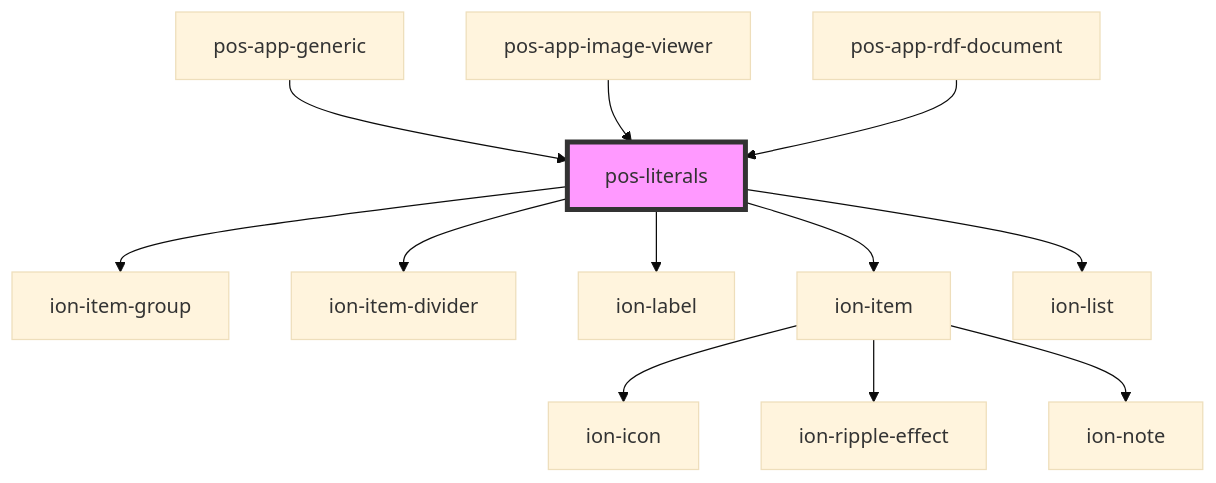
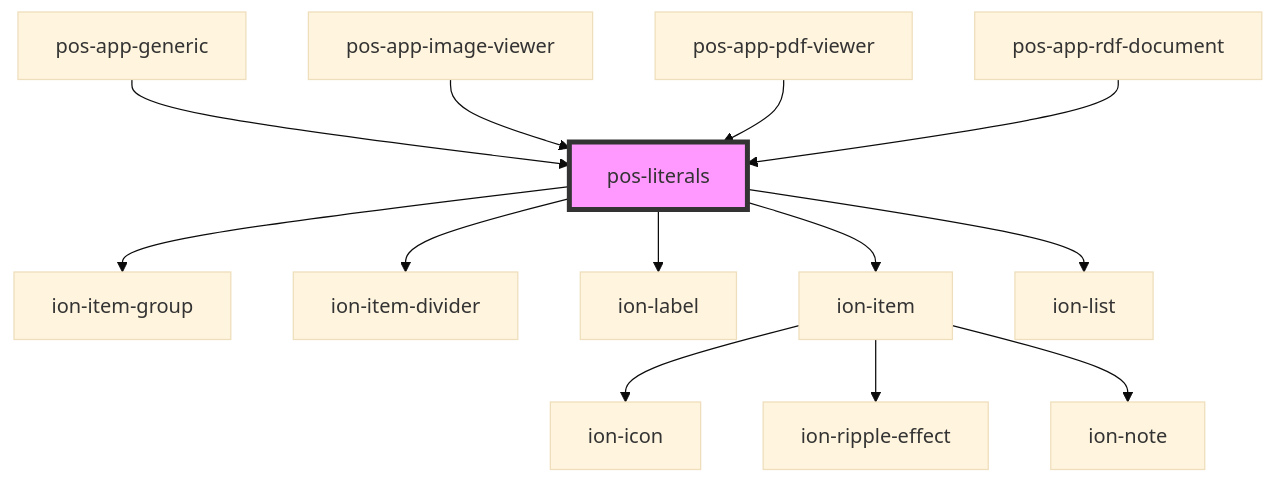
One commit to pod-os/PodOS changed the diagram in docs/elements/components/pos-literals/readme.md. Above: the diagram before and after it, drawn with Mermaid (base theme). The commit also changed other lines of this file and 8 other files, not shown here.

````diff
--- a/docs/elements/components/pos-literals/readme.md
+++ b/docs/elements/components/pos-literals/readme.md
@@ -32,15 +33,16 @@
 ```mermaid
 graph TD;
   pos-literals --> ion-item-group
   pos-literals --> ion-item-divider
   pos-literals --> ion-label
   pos-literals --> ion-item
   pos-literals --> ion-list
   ion-item --> ion-icon
   ion-item --> ion-ripple-effect
   ion-item --> ion-note
   pos-app-generic --> pos-literals
   pos-app-image-viewer --> pos-literals
+  pos-app-pdf-viewer --> pos-literals
   pos-app-rdf-document --> pos-literals
   style pos-literals fill:#f9f,stroke:#333,stroke-width:4px
 ```
````
